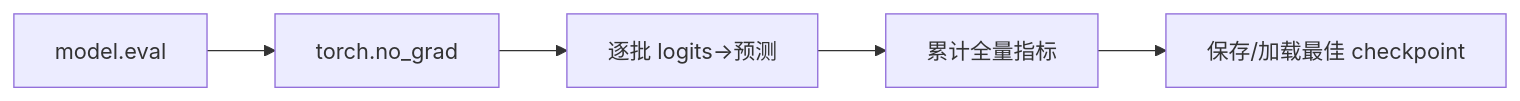
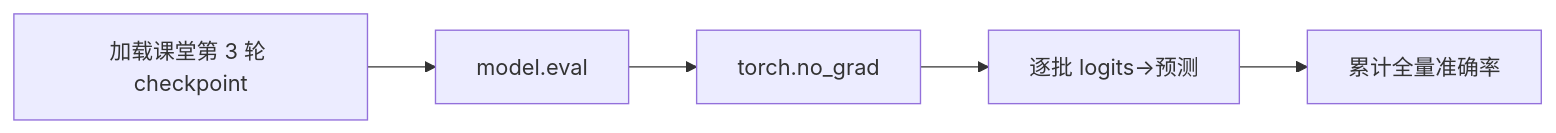
One commit to luyunix/nlp_study changed the first of 2 diagrams in notes/transfer-learning/21-classification-evaluation.md. Above: the diagram before and after it, drawn with Mermaid. The commit also changed other lines of this file and 66 other files, not shown here.

````diff
--- a/notes/transfer-learning/21-classification-evaluation.md
+++ b/notes/transfer-learning/21-classification-evaluation.md
@@ -17,12 +17,12 @@
 ```mermaid
 flowchart LR
-    N0["model.eval"]
-    N1["torch.no_grad"]
-    N2["逐批 logits→预测"]
-    N3["累计全量指标"]
-    N4["保存/加载最佳 checkpoint"]
+    N0["加载课堂第 3 轮 checkpoint"]
+    N1["model.eval"]
+    N2["torch.no_grad"]
+    N3["逐批 logits→预测"]
+    N4["累计全量准确率"]
     N0 --> N1
     N1 --> N2
     N2 --> N3
     N3 --> N4
 ```
````
